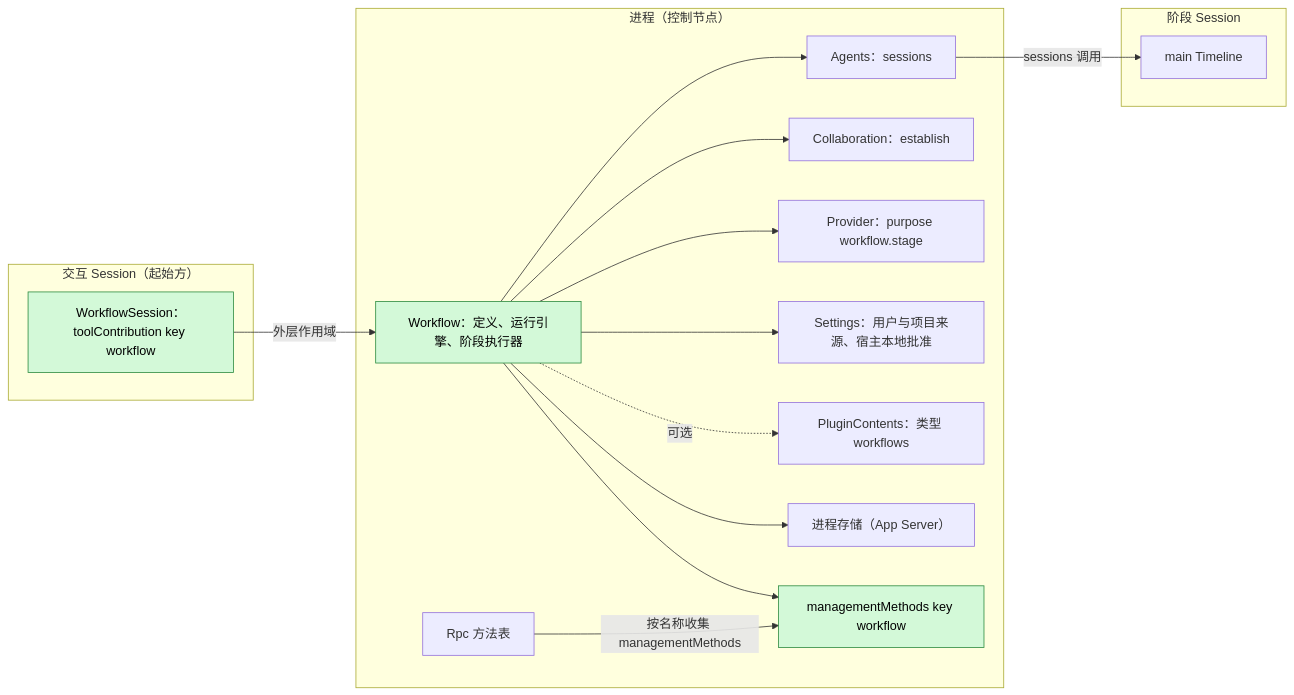
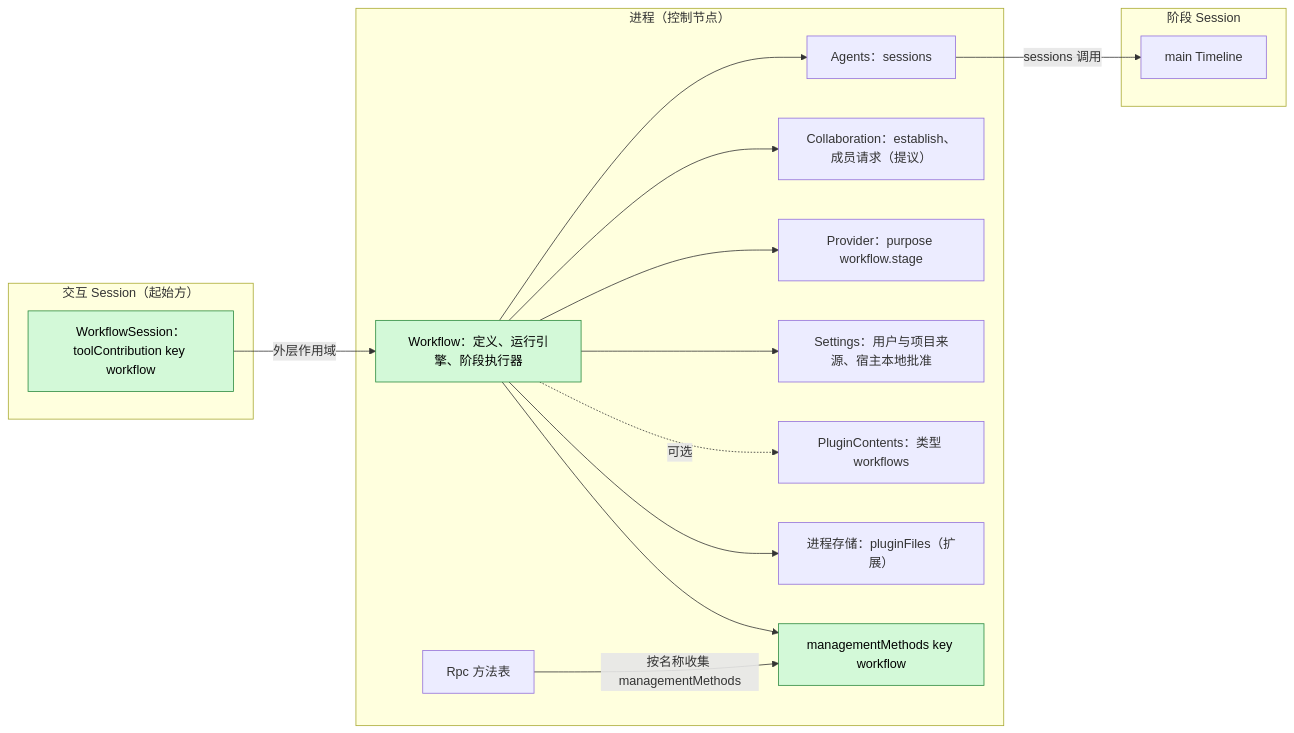
The first of 6 diagrams in docs/zh/design/plugins/Workflow.md (CoutinhoTTS/dim-agent), drawn with Mermaid before and after one commit. The commit also changed other lines of this file and 42 other files, not shown here.

````diff
--- a/docs/zh/design/plugins/Workflow.md
+++ b/docs/zh/design/plugins/Workflow.md
@@ -9,32 +9,32 @@
 ```mermaid
 flowchart LR
   subgraph PROC["进程（控制节点）"]
     WF["Workflow：定义、运行引擎、阶段执行器"]
     MM["managementMethods key workflow"]
     Agents["Agents：sessions"]
-    Coll["Collaboration：establish"]
+    Coll["Collaboration：establish、成员请求（提议）"]
     Prov["Provider：purpose workflow.stage"]
     Set["Settings：用户与项目来源、宿主本地批准"]
     PC["PluginContents：类型 workflows"]
-    Store["进程存储（App Server）"]
+    Store["进程存储：pluginFiles（扩展）"]
     Rpc["Rpc 方法表"]
   end
   subgraph SESS["交互 Session（起始方）"]
     Tool["WorkflowSession：toolContribution key workflow"]
   end
   subgraph STG["阶段 Session"]
     TL["main Timeline"]
   end
   Tool -->|"外层作用域"| WF
   WF --> Agents
   WF --> Coll
   WF --> Prov
   WF --> Set
   WF -.->|"可选"| PC
   WF --> Store
   WF --> MM
   Rpc -->|"按名称收集 managementMethods"| MM
   Agents -->|"sessions 调用"| TL
   classDef new fill:#d3f9d8,stroke:#2b8a3e,color:#000
   class WF,MM,Tool new
 ```
````
